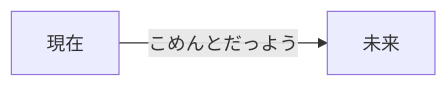
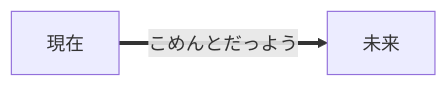
One commit to myon-bioinformatics/myon-bioinformatics changed the diagram in README.md. Above: the diagram before and after it, drawn with Mermaid.

````diff
--- a/README.md
+++ b/README.md
@@ -13,4 +13,4 @@
 ```mermaid
  flowchart LR
-	 現在 --こめんとだっよう--> 未来
+	 現在 ==こめんとだっよう==> 未来
 ```
````
